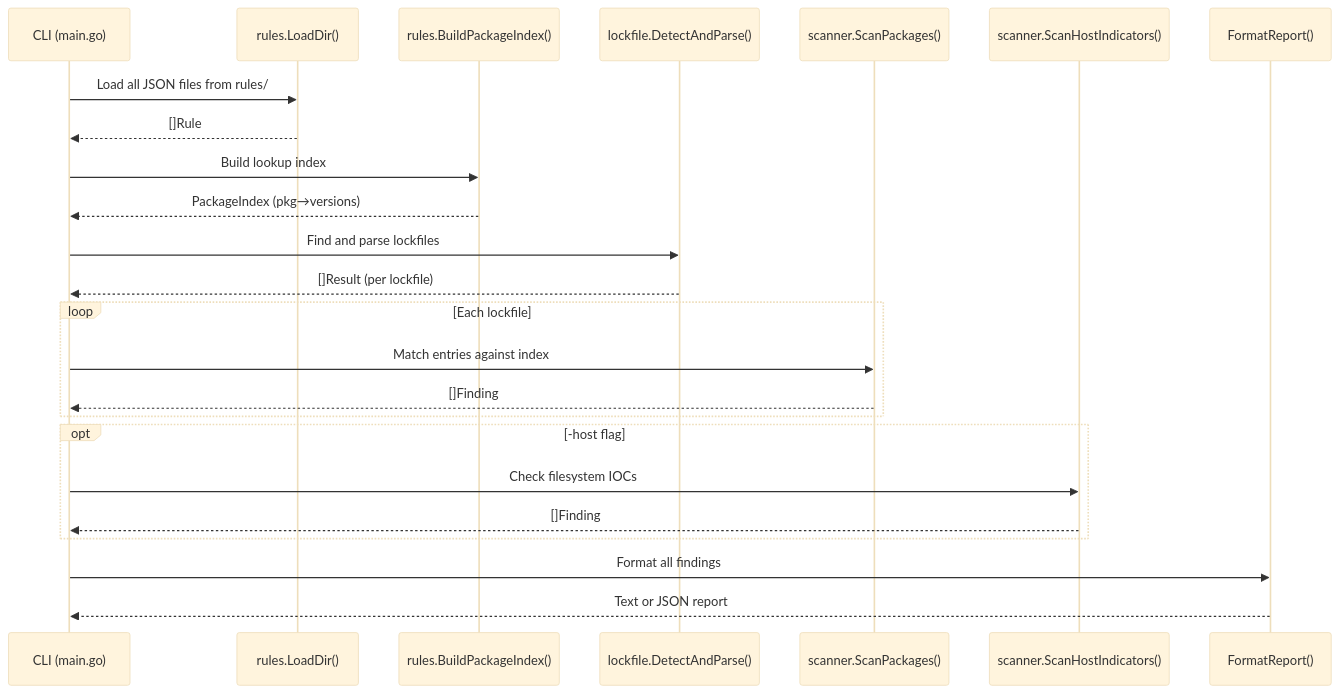
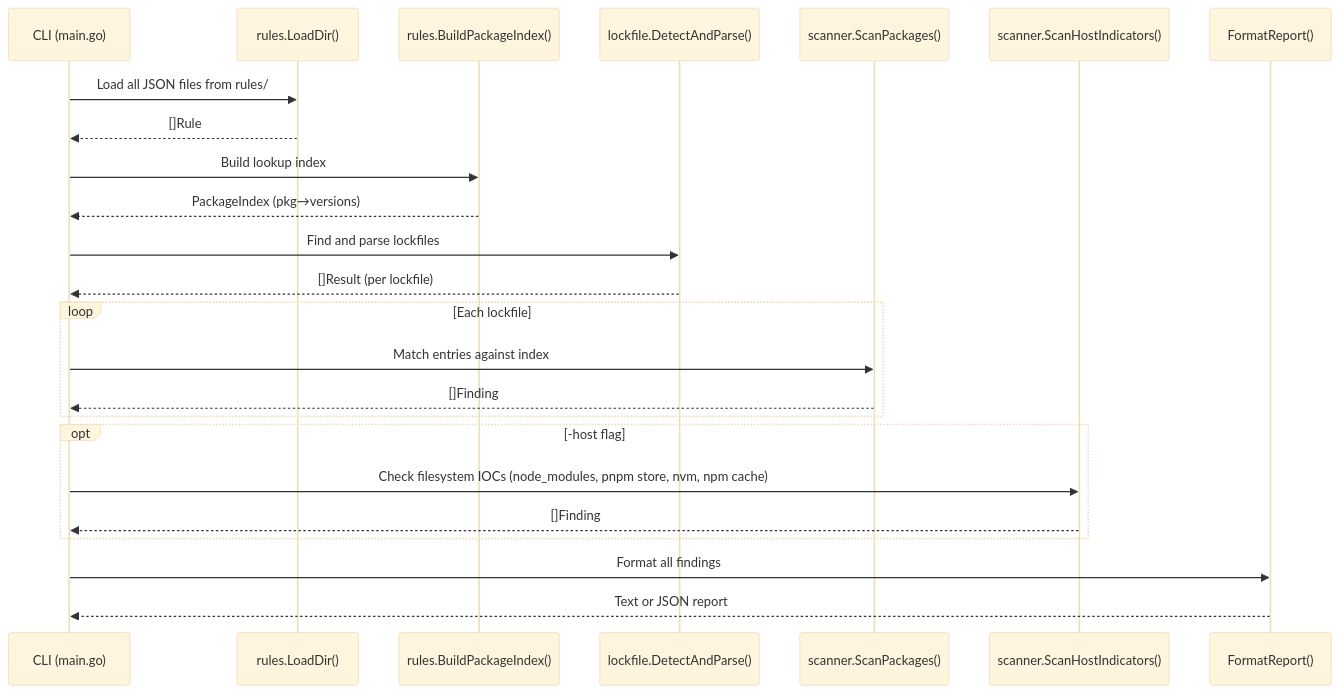
The third of 3 diagrams in docs/architecture/overview.md (DenktMit-eG/gouvernante), drawn with Mermaid (base theme) before and after one commit. The commit also changed other lines of this file and 7 other files, not shown here.

````diff
--- a/docs/architecture/overview.md
+++ b/docs/architecture/overview.md
@@ -123,27 +124,27 @@
 ```mermaid
 sequenceDiagram
     participant CLI as CLI (main.go)
     participant Rules as rules.LoadDir()
     participant Index as rules.BuildPackageIndex()
     participant Parse as lockfile.DetectAndParse()
     participant Scan as scanner.ScanPackages()
     participant Host as scanner.ScanHostIndicators()
     participant Out as FormatReport()
 
     CLI->>Rules: Load all JSON files from rules/
     Rules-->>CLI: []Rule
     CLI->>Index: Build lookup index
     Index-->>CLI: PackageIndex (pkg→versions)
     CLI->>Parse: Find and parse lockfiles
     Parse-->>CLI: []Result (per lockfile)
     loop Each lockfile
         CLI->>Scan: Match entries against index
         Scan-->>CLI: []Finding
     end
     opt -host flag
-        CLI->>Host: Check filesystem IOCs
+        CLI->>Host: Check filesystem IOCs (node_modules, pnpm store, nvm, npm cache)
         Host-->>CLI: []Finding
     end
     CLI->>Out: Format all findings
     Out-->>CLI: Text or JSON report
 ```
````
